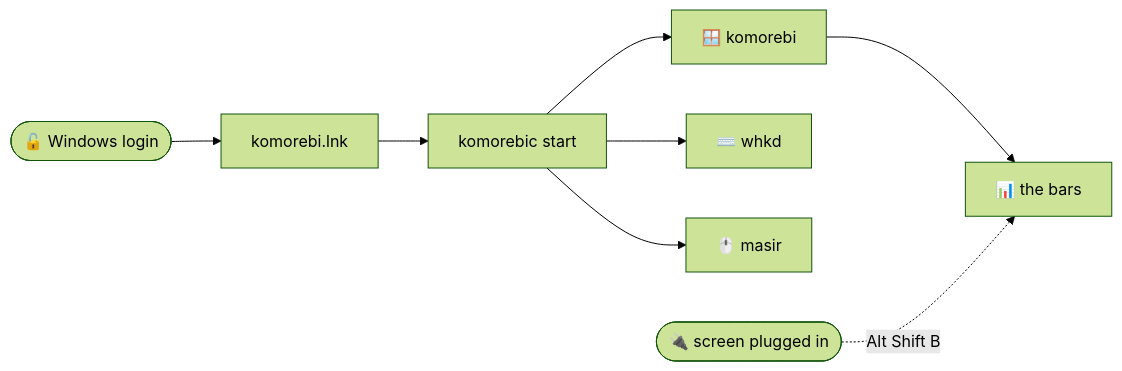
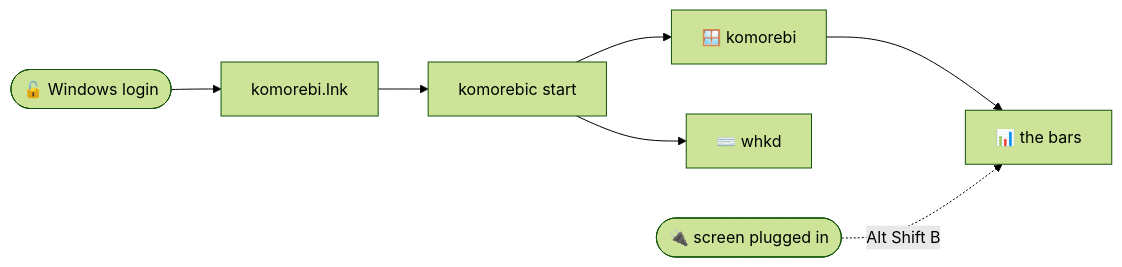
Before and after one commit to bewithsnehasish/dotfiles-windows: the second of 3 diagrams in README.md, drawn with Mermaid (forest theme). The commit also changed other lines of this file and 4 other files, not shown here.

````diff
--- a/README.md
+++ b/README.md
@@ -115,9 +115,8 @@
 ```mermaid
 flowchart LR
     login(["🔓 Windows login"]) --> lnk["komorebi.lnk"] --> start["komorebic start"]
     start --> k["🪟 komorebi"]
     start --> w["⌨️ whkd"]
-    start --> m["🖱️ masir"]
     k --> bar["📊 the bars"]
     dock(["🔌 screen plugged in"]) -. "Alt Shift B" .-> bar
 ```
````
